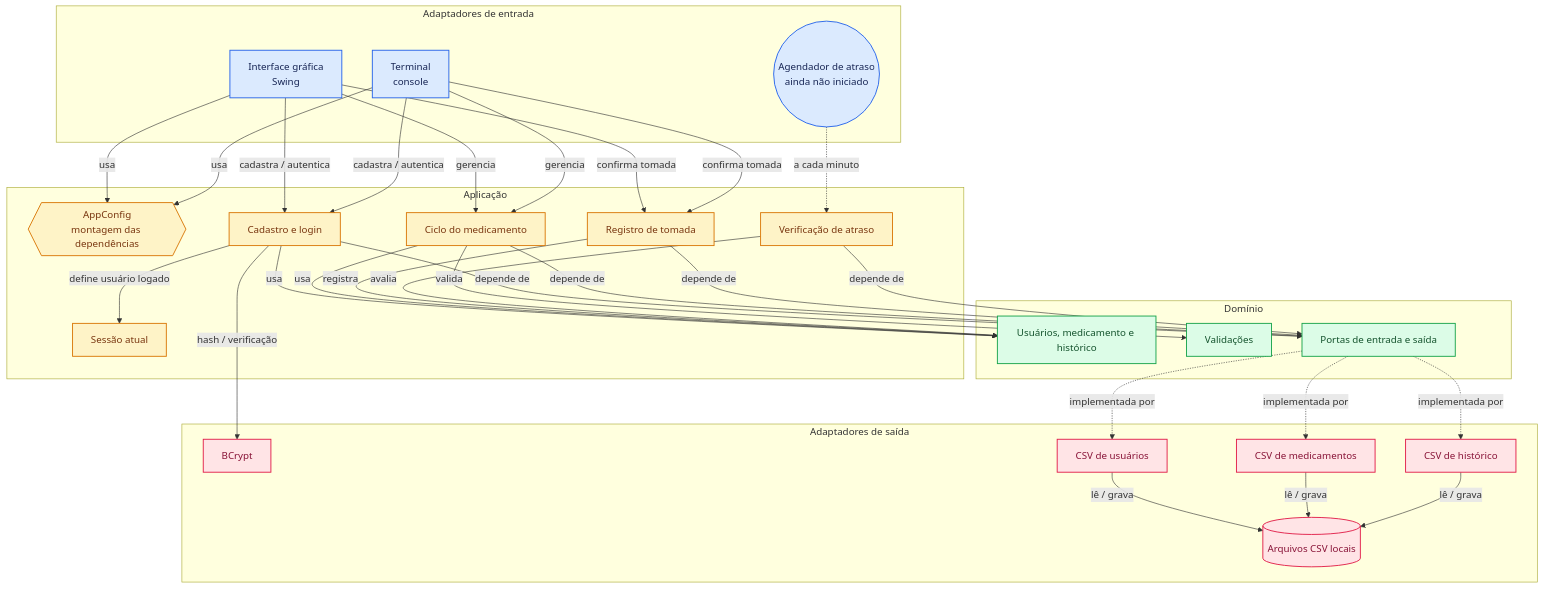
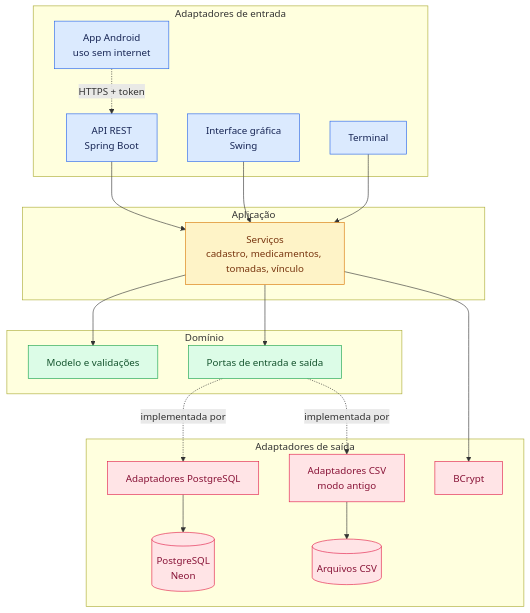
One commit to GilvanPedro/Sistema_de_Acompanhamento_de_Medicamentos changed the diagram in README.md. Above: the diagram before and after it, drawn with Mermaid. The commit also changed other lines of this file and 28 other files, not shown here.

````diff
--- a/README.md
+++ b/README.md
@@ -138,68 +256,48 @@
 ```mermaid
 flowchart TD
 
-subgraph group_inbound["Adaptadores de entrada"]
-  node_gui["Interface gráfica<br/>Swing"]
-  node_terminal["Terminal<br/>console"]
-  node_lateness_scheduler(("Agendador de atraso<br/>ainda não iniciado"))
+subgraph entrada["Adaptadores de entrada"]
+  app_android["App Android<br/>uso sem internet"]
+  api["API REST<br/>Spring Boot"]
+  gui["Interface gráfica<br/>Swing"]
+  terminal["Terminal"]
 end
 
-subgraph group_application["Aplicação"]
-  node_app_config{{"AppConfig<br/>montagem das dependências"}}
-  node_user_access["Cadastro e login"]
-  node_medication_lifecycle["Ciclo do medicamento"]
-  node_dose_history["Registro de tomada"]
-  node_lateness_check["Verificação de atraso"]
-  node_session["Sessão atual"]
+subgraph aplicacao["Aplicação"]
+  servicos["Serviços<br/>cadastro, medicamentos, tomadas, vínculo"]
 end
 
-subgraph group_domain["Domínio"]
-  node_domain_model["Usuários, medicamento e histórico"]
-  node_medication_validation["Validações"]
-  node_ports["Portas de entrada e saída"]
+subgraph dominio["Domínio"]
+  modelo["Modelo e validações"]
+  portas["Portas de entrada e saída"]
 end
 
-subgraph group_outbound["Adaptadores de saída"]
-  node_password_crypto["BCrypt"]
-  node_user_csv["CSV de usuários"]
-  node_medication_csv["CSV de medicamentos"]
-  node_history_csv["CSV de histórico"]
-  node_csv_files[("Arquivos CSV locais")]
+subgraph saida["Adaptadores de saída"]
+  pg["Adaptadores PostgreSQL"]
+  csv["Adaptadores CSV<br/>modo antigo"]
+  bcrypt["BCrypt"]
+  banco[("PostgreSQL<br/>Neon")]
+  arquivos[("Arquivos CSV")]
 end
 
-node_gui -->|"usa"| node_app_config
-node_terminal -->|"usa"| node_app_config
-node_gui -->|"cadastra / autentica"| node_user_access
-node_terminal -->|"cadastra / autentica"| node_user_access
-node_user_access -->|"define usuário logado"| node_session
-node_gui -->|"gerencia"| node_medication_lifecycle
-node_terminal -->|"gerencia"| node_medication_lifecycle
-node_gui -->|"confirma tomada"| node_dose_history
-node_terminal -->|"confirma tomada"| node_dose_history
-node_lateness_scheduler -.->|"a cada minuto"| node_lateness_check
-node_user_access -->|"depende de"| node_ports
-node_medication_lifecycle -->|"depende de"| node_ports
-node_dose_history -->|"depende de"| node_ports
-node_lateness_check -->|"depende de"| node_ports
-node_medication_lifecycle -->|"valida"| node_medication_validation
-node_user_access -->|"hash / verificação"| node_password_crypto
-node_ports -.->|"implementada por"| node_user_csv
-node_ports -.->|"implementada por"| node_medication_csv
-node_ports -.->|"implementada por"| node_history_csv
-node_user_csv -->|"lê / grava"| node_csv_files
-node_medication_csv -->|"lê / grava"| node_csv_files
-node_history_csv -->|"lê / grava"| node_csv_files
-node_user_access -->|"usa"| node_domain_model
-node_medication_lifecycle -->|"usa"| node_domain_model
-node_dose_history -->|"registra"| node_domain_model
-node_lateness_check -->|"avalia"| node_domain_model
+app_android -.->|"HTTPS + token"| api
+api --> servicos
+gui --> servicos
+terminal --> servicos
+servicos --> portas
+servicos --> modelo
+servicos --> bcrypt
+portas -.->|"implementada por"| pg
+portas -.->|"implementada por"| csv
+pg --> banco
+csv --> arquivos
 
-classDef toneBlue fill:#dbeafe,stroke:#2563eb,stroke-width:1.5px,color:#172554
-classDef toneAmber fill:#fef3c7,stroke:#d97706,stroke-width:1.5px,color:#78350f
-classDef toneMint fill:#dcfce7,stroke:#16a34a,stroke-width:1.5px,color:#14532d
-classDef toneRose fill:#ffe4e6,stroke:#e11d48,stroke-width:1.5px,color:#881337
-class node_gui,node_terminal,node_lateness_scheduler toneBlue
-class node_app_config,node_user_access,node_medication_lifecycle,node_dose_history,node_lateness_check,node_session toneAmber
-class node_domain_model,node_medication_validation,node_ports toneMint
-class node_password_crypto,node_user_csv,node_medication_csv,node_history_csv,node_csv_files toneRose
+classDef entradaC fill:#dbeafe,stroke:#2563eb,color:#172554
+classDef appC fill:#fef3c7,stroke:#d97706,color:#78350f
+classDef domC fill:#dcfce7,stroke:#16a34a,color:#14532d
+classDef saidaC fill:#ffe4e6,stroke:#e11d48,color:#881337
+class app_android,api,gui,terminal entradaC
+class servicos appC
+class modelo,portas domC
+class pg,csv,bcrypt,banco,arquivos saidaC
 ```
````
